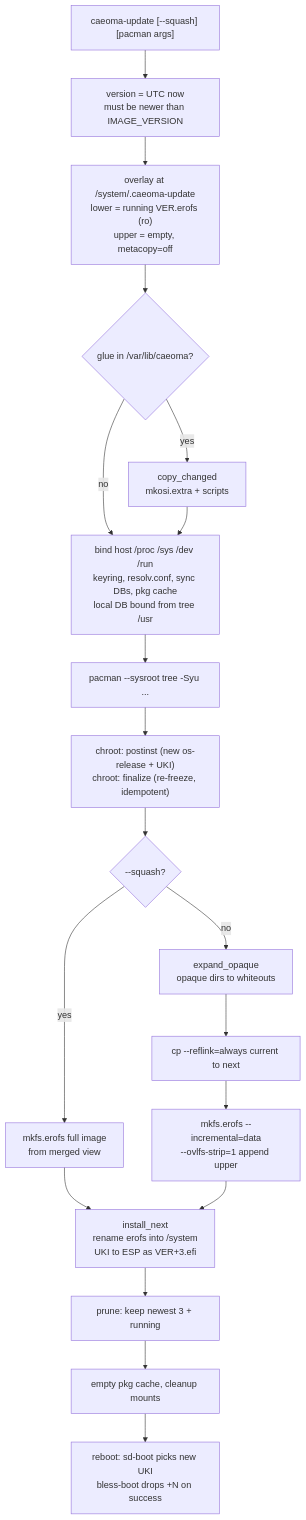
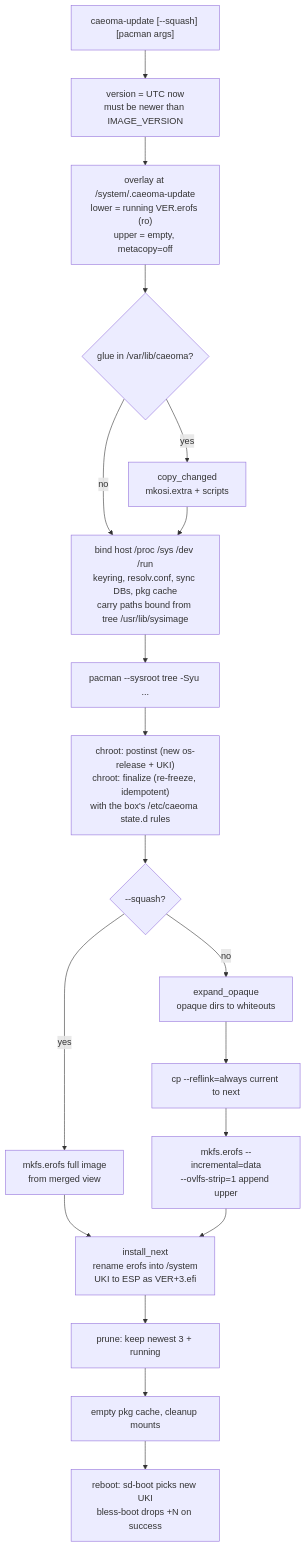
Before and after one commit to h8d13/caeoma: the second of 2 diagrams in docs/DESIGN.md, drawn with Mermaid. The commit also changed other lines of this file and 9 other files, not shown here.

````diff
--- a/docs/DESIGN.md
+++ b/docs/DESIGN.md
@@ -55,21 +55,21 @@
 ```mermaid
 flowchart TD
 	START["caeoma-update [--squash] [pacman args]"] --> V["version = UTC now<br/>must be newer than IMAGE_VERSION"]
 	V --> OV["overlay at /system/.caeoma-update<br/>lower = running VER.erofs (ro)<br/>upper = empty, metacopy=off"]
 	OV --> G{"glue in /var/lib/caeoma?"}
 	G -- yes --> GC["copy_changed<br/>mkosi.extra + scripts"]
 	G -- no --> MB
-	GC --> MB["bind host /proc /sys /dev /run<br/>keyring, resolv.conf, sync DBs, pkg cache<br/>local DB bound from tree /usr"]
+	GC --> MB["bind host /proc /sys /dev /run<br/>keyring, resolv.conf, sync DBs, pkg cache<br/>carry paths bound from tree /usr/lib/sysimage"]
 	MB --> PM["pacman --sysroot tree -Syu ..."]
-	PM --> CH["chroot: postinst (new os-release + UKI)<br/>chroot: finalize (re-freeze, idempotent)"]
+	PM --> CH["chroot: postinst (new os-release + UKI)<br/>chroot: finalize (re-freeze, idempotent)<br/>with the box's /etc/caeoma state.d rules"]
 	CH --> SQ{"--squash?"}
 	SQ -- yes --> FULL["mkfs.erofs full image<br/>from merged view"]
 	SQ -- no --> EO["expand_opaque<br/>opaque dirs to whiteouts"]
 	EO --> RL["cp --reflink=always current to next"]
 	RL --> INC["mkfs.erofs --incremental=data<br/>--ovlfs-strip=1 append upper"]
 	FULL --> INST
 	INC --> INST["install_next<br/>rename erofs into /system<br/>UKI to ESP as VER+3.efi"]
 	INST --> PR["prune: keep newest 3 + running"]
 	PR --> CL["empty pkg cache, cleanup mounts"]
 	CL --> RB["reboot: sd-boot picks new UKI<br/>bless-boot drops +N on success"]
 ```
````
